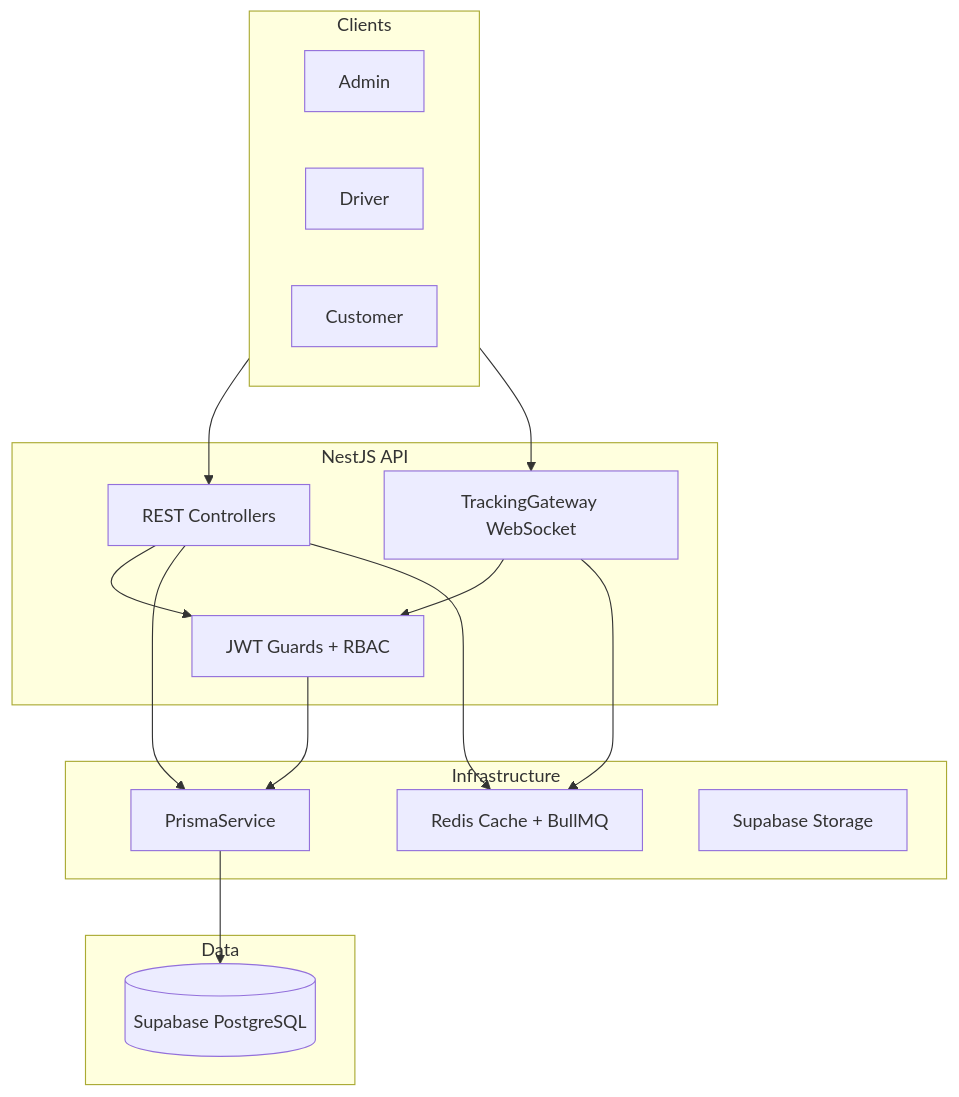
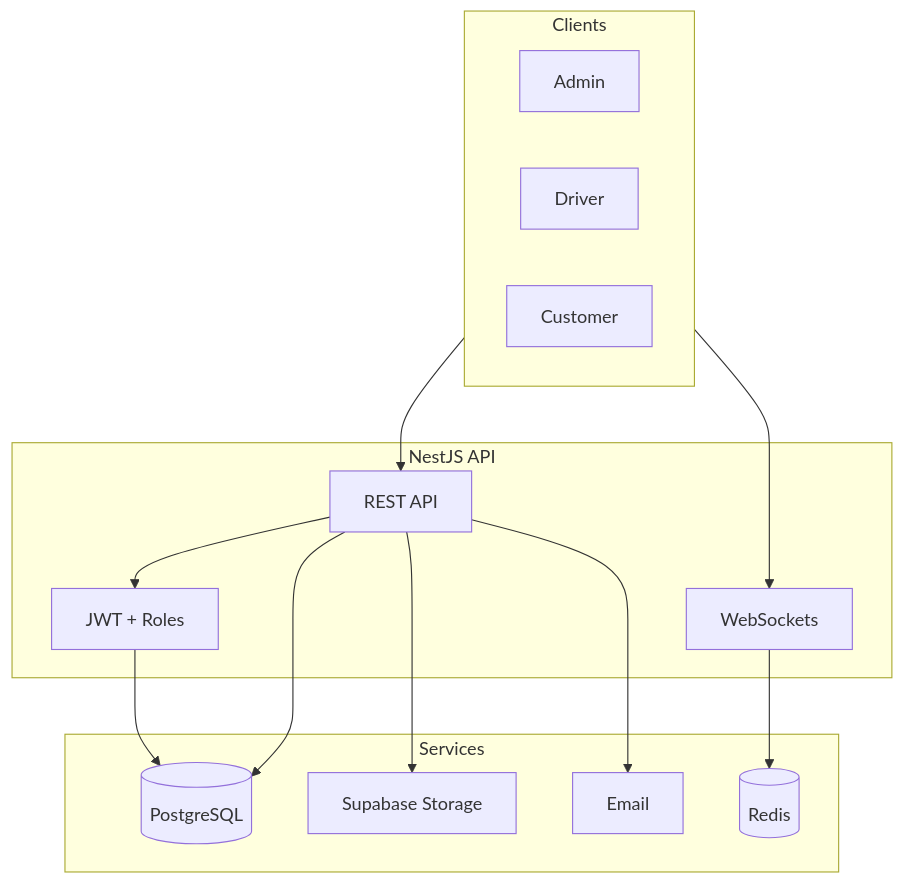
Before and after one commit to antonpiat/delivery-logistics: the third of 3 diagrams in README.md, drawn with Mermaid. The commit also changed other lines of this file and 26 other files, not shown here.

First line of the commit message:
admin analytics, supabase upload, redis websocket

````diff
--- a/README.md
+++ b/README.md
@@ -17,34 +286,30 @@
 ```mermaid
 flowchart TB
   subgraph clients [Clients]
     Admin[Admin]
     Driver[Driver]
     Customer[Customer]
   end
 
   subgraph api [NestJS API]
-    REST[REST Controllers]
-    WS[TrackingGateway WebSocket]
-    Auth[JWT Guards + RBAC]
+    REST[REST API]
+    WS[WebSockets]
+    Auth[JWT + Roles]
   end
 
-  subgraph infra [Infrastructure]
-    Prisma[PrismaService]
-    Redis[Redis Cache + BullMQ]
-    SupaStore[Supabase Storage]
-  end
-
-  subgraph data [Data]
-    PG[(Supabase PostgreSQL)]
+  subgraph infra [Services]
+    DB[(PostgreSQL)]
+    Redis[(Redis)]
+    Storage[Supabase Storage]
+    Mail[Email]
   end
 
   clients --> REST
   clients --> WS
   REST --> Auth
-  WS --> Auth
-  Auth --> Prisma
-  REST --> Prisma
   WS --> Redis
-  REST --> Redis
-  Prisma --> PG
+  Auth --> DB
+  REST --> DB
+  REST --> Storage
+  REST --> Mail
 ```
````
